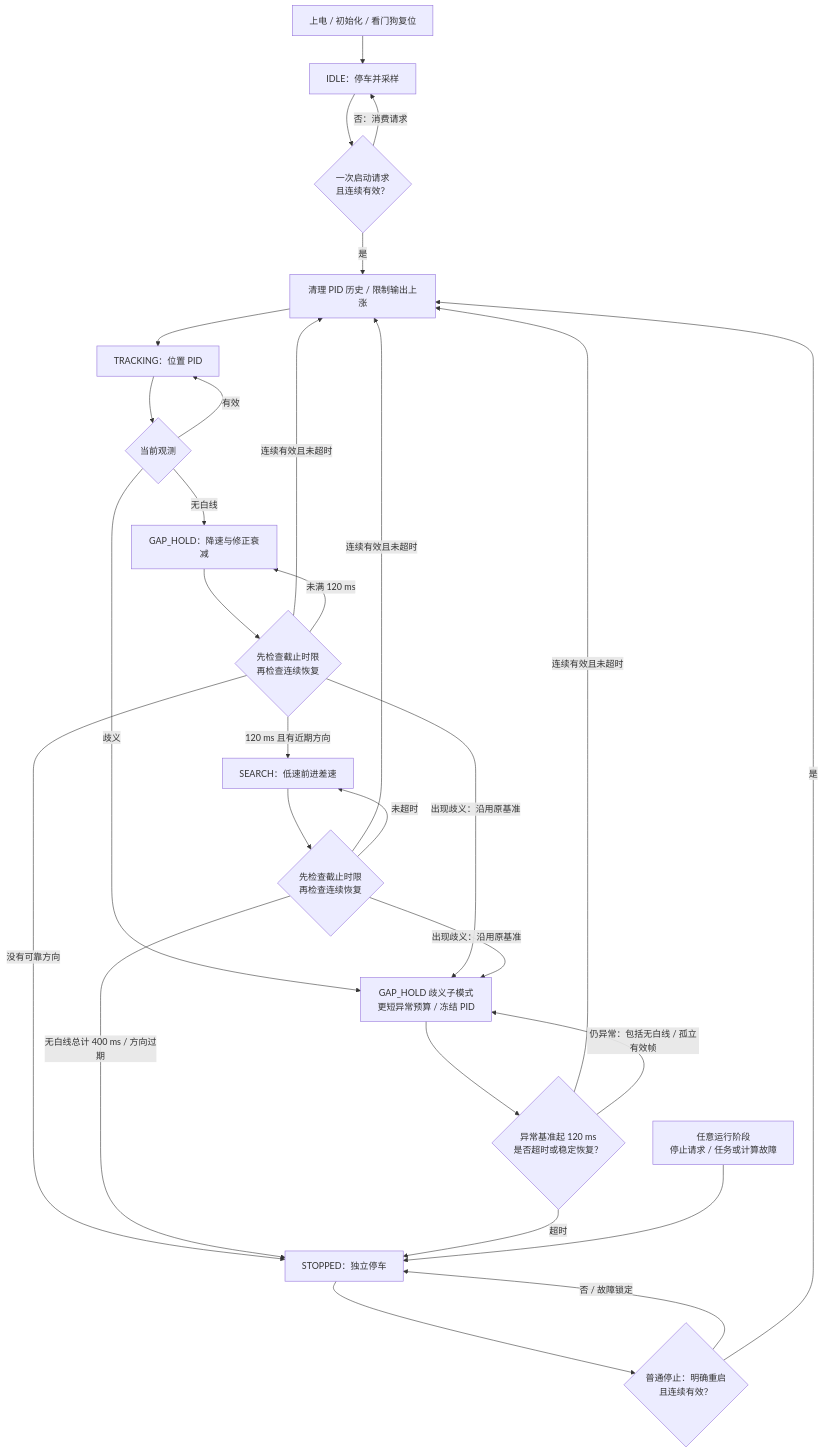
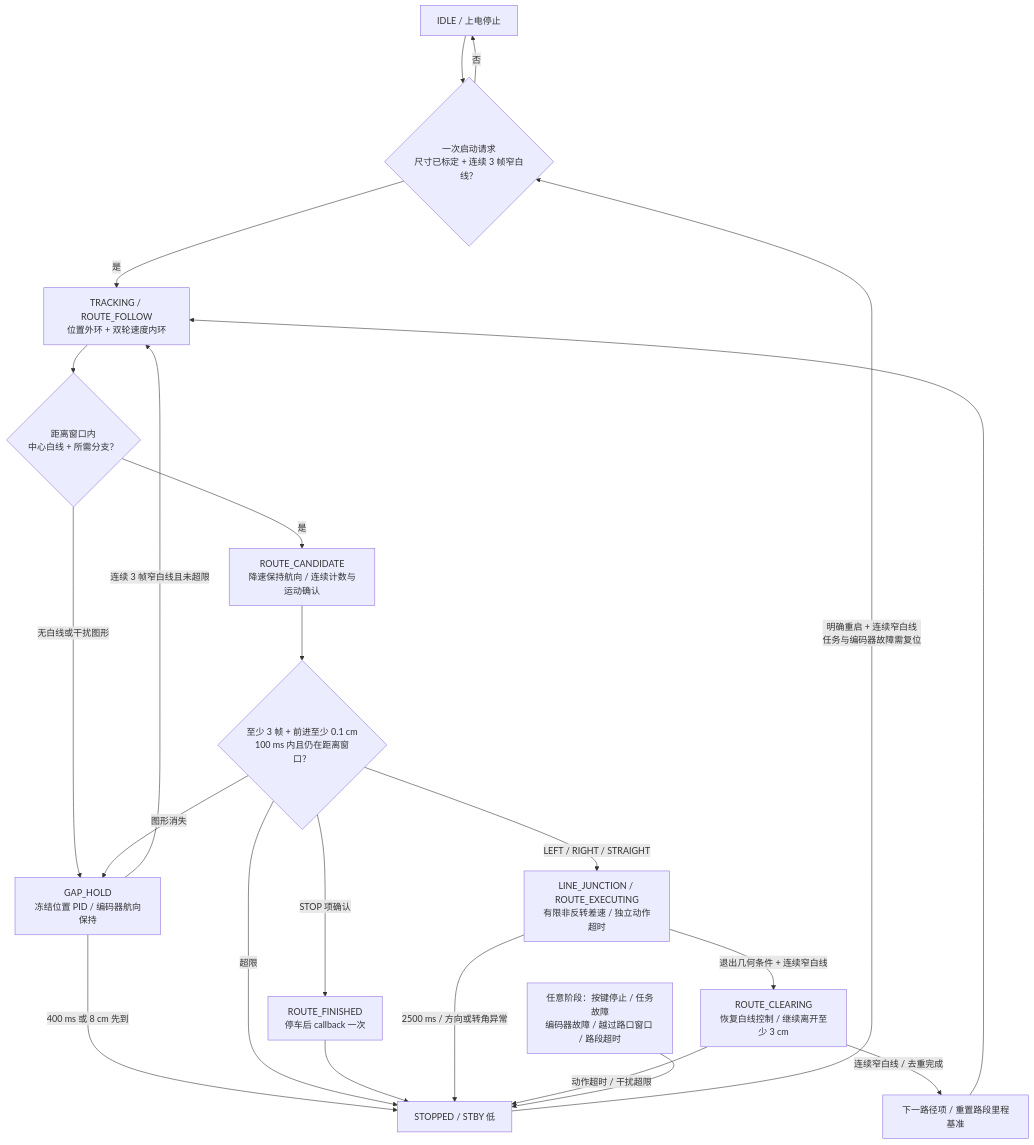
One commit to Nailong-Corporation/car_stm32_school_competition changed the second of 2 diagrams in README.md. Above: the diagram before and after it, drawn with Mermaid. The commit also changed other lines of this file and 26 other files, not shown here.

````diff
--- a/README.md
+++ b/README.md
@@ -192,31 +199,24 @@
 ```mermaid
 flowchart TD
-    BOOT["上电 / 初始化 / 看门狗复位"] --> IDLE["IDLE：停车并采样"]
-    IDLE --> START{"一次启动请求<br/>且连续有效？"}
-    START -->|否：消费请求| IDLE
-    START -->|是| RESET["清理 PID 历史 / 限制输出上涨"]
-    RESET --> TRACKING["TRACKING：位置 PID"]
-    TRACKING --> OBS{"当前观测"}
-    OBS -->|有效| TRACKING
-    OBS -->|无白线| GAP["GAP_HOLD：降速与修正衰减"]
-    OBS -->|歧义| AMBIG["GAP_HOLD 歧义子模式<br/>更短异常预算 / 冻结 PID"]
-    GAP --> GC{"先检查截止时限<br/>再检查连续恢复"}
-    GC -->|连续有效且未超时| RESET
-    GC -->|未满 120 ms| GAP
-    GC -->|出现歧义：沿用原基准| AMBIG
-    GC -->|120 ms 且有近期方向| SEARCH["SEARCH：低速前进差速"]
-    GC -->|没有可靠方向| STOPPED["STOPPED：独立停车"]
-    SEARCH --> SC{"先检查截止时限<br/>再检查连续恢复"}
-    SC -->|连续有效且未超时| RESET
-    SC -->|未超时| SEARCH
-    SC -->|出现歧义：沿用原基准| AMBIG
-    SC -->|无白线总计 400 ms / 方向过期| STOPPED
-    AMBIG --> AC{"异常基准起 120 ms<br/>是否超时或稳定恢复？"}
-    AC -->|连续有效且未超时| RESET
-    AC -->|仍异常：包括无白线 / 孤立有效帧| AMBIG
-    AC -->|超时| STOPPED
-    FAULT["任意运行阶段<br/>停止请求 / 任务或计算故障"] --> STOPPED
-    STOPPED --> RESTART{"普通停止：明确重启<br/>且连续有效？"}
-    RESTART -->|否 / 故障锁定| STOPPED
-    RESTART -->|是| RESET
+    IDLE["IDLE / 上电停止"] --> START{"一次启动请求<br/>尺寸已标定 + 连续 3 帧窄白线？"}
+    START -->|否| IDLE
+    START -->|是| FOLLOW["TRACKING / ROUTE_FOLLOW<br/>位置外环 + 双轮速度内环"]
+    FOLLOW --> WINDOW{"距离窗口内<br/>中心白线 + 所需分支？"}
+    WINDOW -->|是| CANDIDATE["ROUTE_CANDIDATE<br/>降速保持航向 / 连续计数与运动确认"]
+    WINDOW -->|无白线或干扰图形| HOLD["GAP_HOLD<br/>冻结位置 PID / 编码器航向保持"]
+    HOLD -->|连续 3 帧窄白线且未超限| FOLLOW
+    HOLD -->|400 ms 或 8 cm 先到| STOPPED["STOPPED / STBY 低"]
+    CANDIDATE --> CONFIRM{"至少 3 帧 + 前进至少 0.1 cm<br/>100 ms 内且仍在距离窗口？"}
+    CONFIRM -->|图形消失| HOLD
+    CONFIRM -->|超限| STOPPED
+    CONFIRM -->|STOP 项确认| DONE["ROUTE_FINISHED<br/>停车后 callback 一次"]
+    DONE --> STOPPED
+    CONFIRM -->|LEFT / RIGHT / STRAIGHT| EXEC["LINE_JUNCTION / ROUTE_EXECUTING<br/>有限非反转差速 / 独立动作超时"]
+    EXEC -->|退出几何条件 + 连续窄白线| CLEAR["ROUTE_CLEARING<br/>恢复白线控制 / 继续离开至少 3 cm"]
+    CLEAR -->|连续窄白线 / 去重完成| NEXT["下一路径项 / 重置路段里程基准"]
+    NEXT --> FOLLOW
+    EXEC -->|2500 ms / 方向或转角异常| STOPPED
+    CLEAR -->|动作超时 / 干扰超限| STOPPED
+    ERR["任意阶段：按键停止 / 任务故障<br/>编码器故障 / 越过路口窗口 / 路段超时"] --> STOPPED
+    STOPPED -->|明确重启 + 连续窄白线<br/>任务与编码器故障需复位| START
 ```
````
